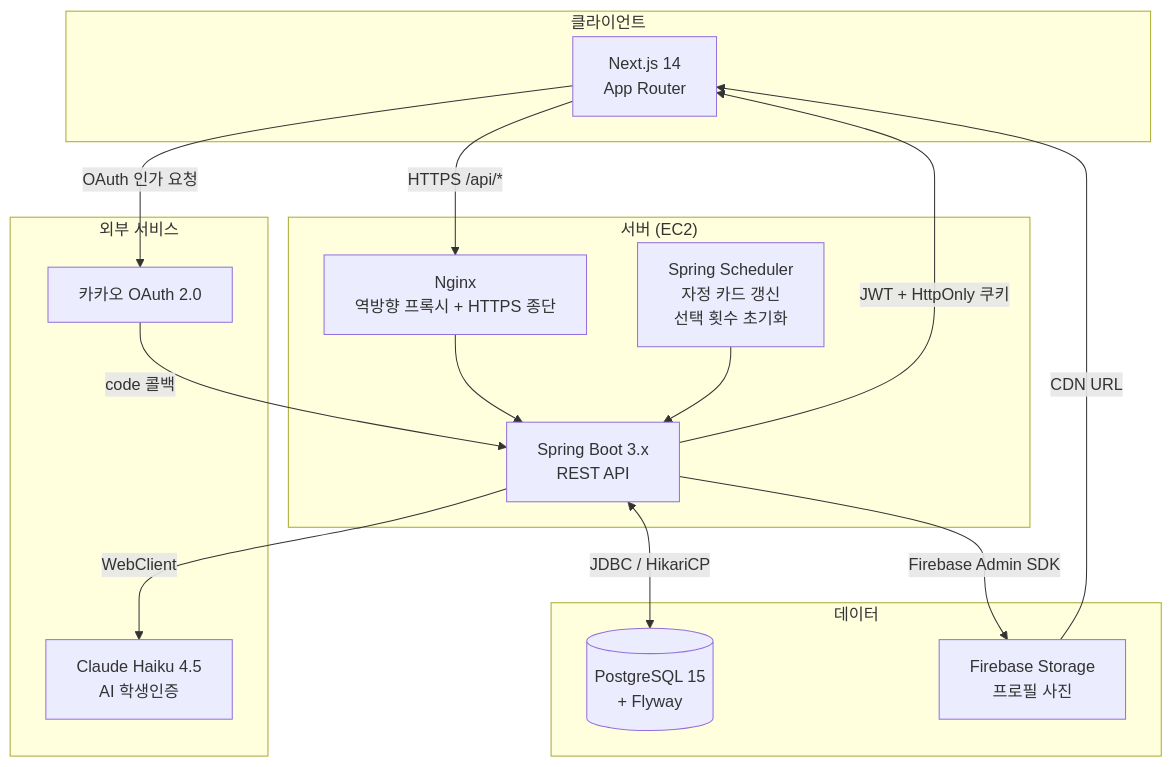
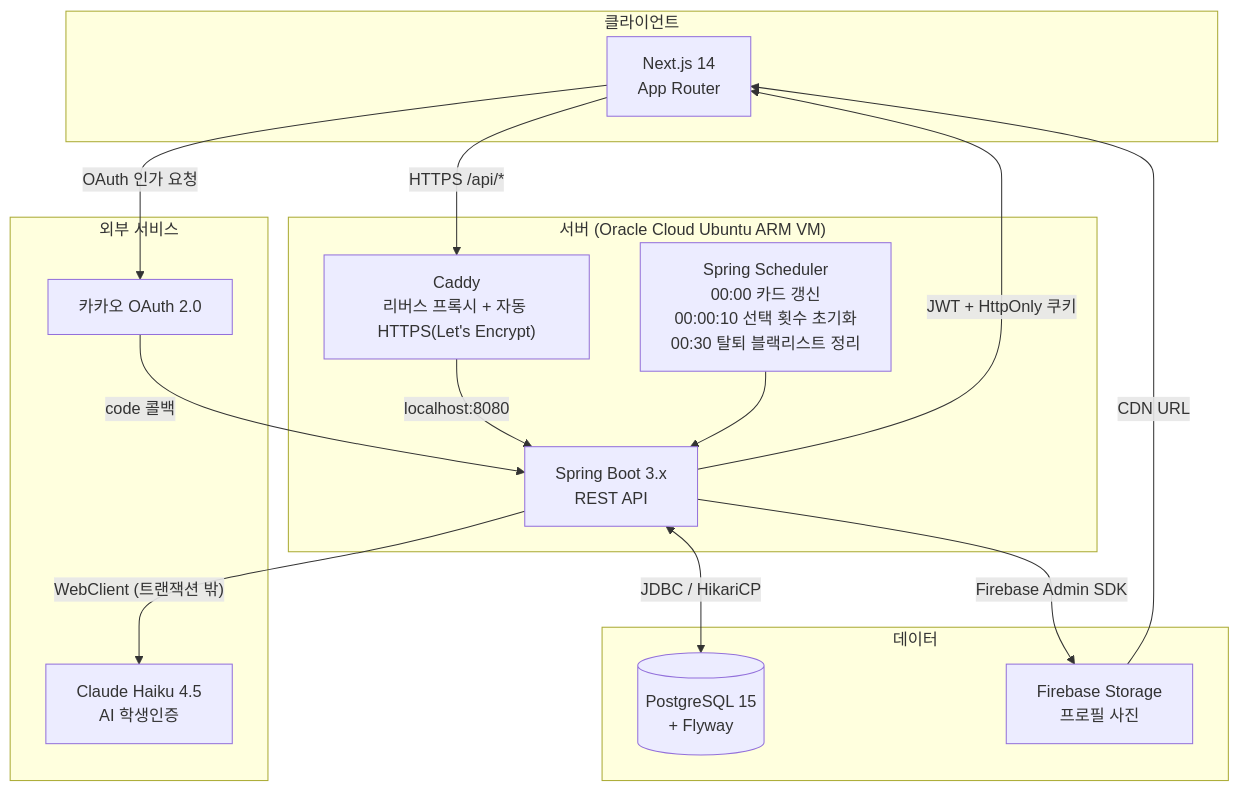
The first of 4 diagrams in README.md (seungjinBen/CampusHanjang), drawn with Mermaid before and after one commit. The commit also changed other lines of this file, not shown here.

````diff
--- a/README.md
+++ b/README.md
@@ -128,33 +134,33 @@
 ```mermaid
 graph TB
     subgraph Client["클라이언트"]
         FE["Next.js 14\nApp Router"]
     end
 
-    subgraph Server["서버 (EC2)"]
-        Nginx["Nginx\n역방향 프록시 + HTTPS 종단"]
+    subgraph Server["서버 (Oracle Cloud Ubuntu ARM VM)"]
+        Caddy["Caddy\n리버스 프록시 + 자동 HTTPS(Let's Encrypt)"]
         BE["Spring Boot 3.x\nREST API"]
-        Scheduler["Spring Scheduler\n자정 카드 갱신\n선택 횟수 초기화"]
+        Scheduler["Spring Scheduler\n00:00 카드 갱신\n00:00:10 선택 횟수 초기화\n00:30 탈퇴 블랙리스트 정리"]
     end
 
     subgraph Storage["데이터"]
         PG[("PostgreSQL 15\n+ Flyway")]
         FB["Firebase Storage\n프로필 사진"]
     end
 
     subgraph External["외부 서비스"]
         Kakao["카카오 OAuth 2.0"]
         Claude["Claude Haiku 4.5\nAI 학생인증"]
     end
 
-    FE -->|"HTTPS /api/*"| Nginx
-    Nginx --> BE
+    FE -->|"HTTPS /api/*"| Caddy
+    Caddy -->|"localhost:8080"| BE
     BE <-->|"JDBC / HikariCP"| PG
     BE -->|"Firebase Admin SDK"| FB
     FB -->|"CDN URL"| FE
-    BE -->|"WebClient"| Claude
+    BE -->|"WebClient (트랜잭션 밖)"| Claude
     FE -->|"OAuth 인가 요청"| Kakao
     Kakao -->|"code 콜백"| BE
     BE -->|"JWT + HttpOnly 쿠키"| FE
     Scheduler --> BE
 ```
````
